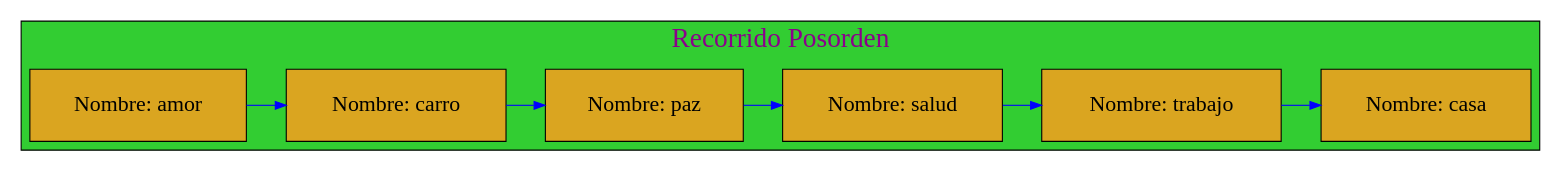
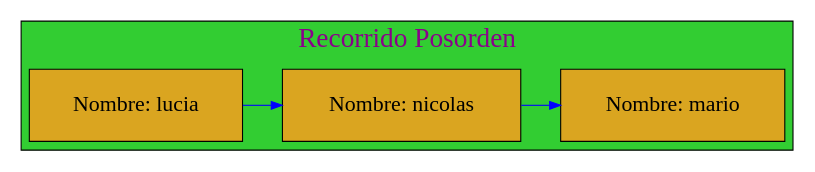
Before and after one commit to mariotun/EDD_1S2020_PY1_201602942: the diagram in Graficas/Recorrido_Posorden.dot, drawn with Graphviz. The commit also changed 25 other files, not shown here.

```diff
--- a/Graficas/Recorrido_Posorden.dot
+++ b/Graficas/Recorrido_Posorden.dot
@@ -1,28 +1,25 @@
 digraph Posorder_Traversal{
 
 graph[ranksep= "0.5",nodesep= "0.5"];subgraph cluster_5{
 
 label="Recorrido Posorden";
 labelloc=t;
 fontcolor=magenta4;
 fontname=algerian;
 fontsize=25;
 style=filled;
 fillcolor=limegreen;
 
 node[margin=0.3 shape=box style=filled fontcolor=black fillcolor=goldenrod fontsize=20];
 {rank=same;
 
-25770476704[label="Nombre: amor " ];
-25770476048[label="Nombre: carro " ];
-25770477264[label="Nombre: paz " ];
-25770476256[label="Nombre: salud " ];
-25770476448[label="Nombre: trabajo " ];
-25770475840[label="Nombre: casa " ];
+25770489296[label="Nombre: lucia " ];
+25770490768[label="Nombre: nicolas " ];
+25770476720[label="Nombre: mario " ];
 };
-25770476704 -> 25770476048 -> 25770477264 -> 25770476256 -> 25770476448 -> 25770475840 
+25770489296 -> 25770490768 -> 25770476720 
 
 [color=blue ];
 }
 
 }
```
